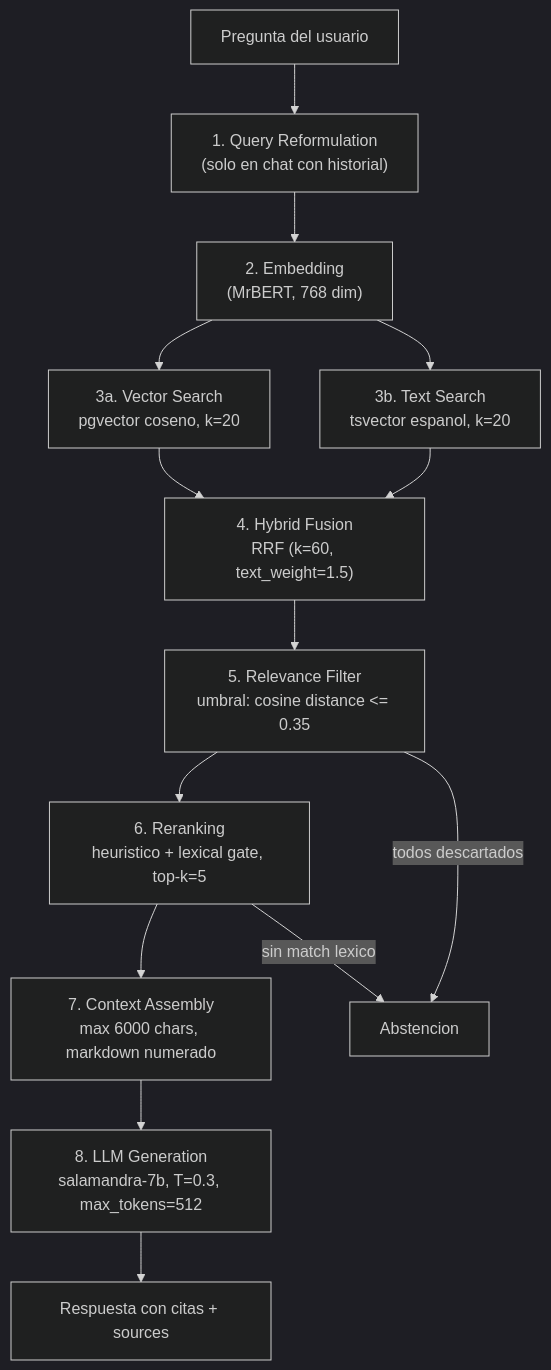
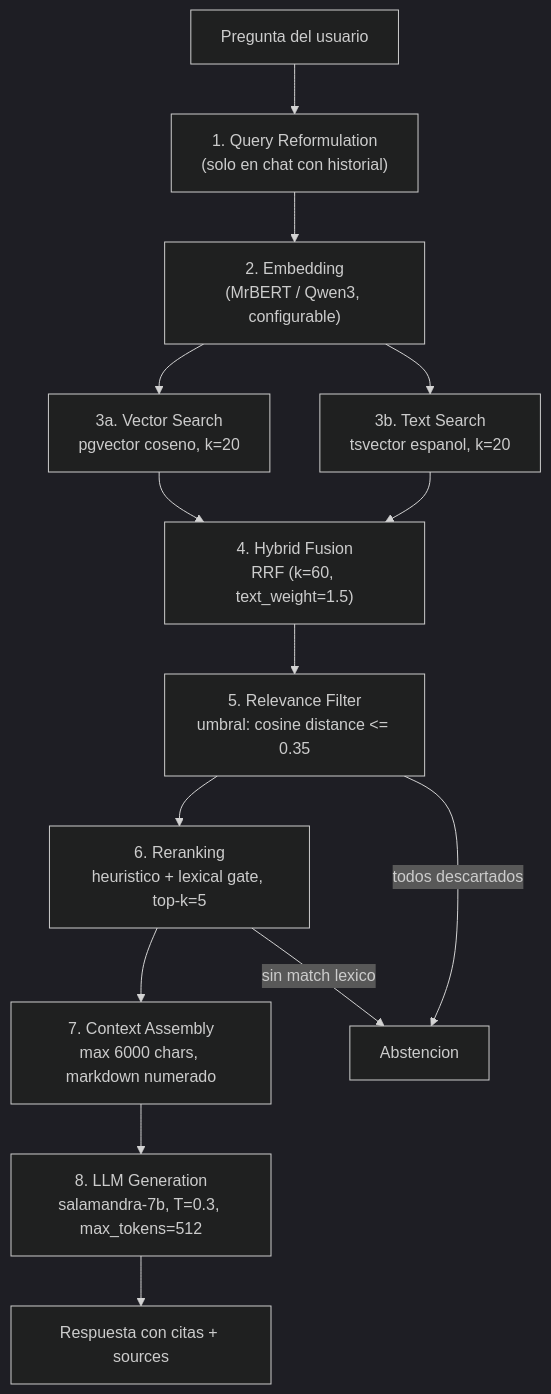
The diagram in backend/docs/RAG_PIPELINE.md (sinai-uja/ALIA-demo-patrimonio), drawn with Mermaid (dark theme) before and after one commit. The commit also changed other lines of this file and 4 other files, not shown here.

````diff
--- a/backend/docs/RAG_PIPELINE.md
+++ b/backend/docs/RAG_PIPELINE.md
@@ -7,16 +7,16 @@
 ```mermaid
 flowchart TD
     Q["Pregunta del usuario"] --> R1
     R1["1. Query Reformulation\n(solo en chat con historial)"] --> E
-    E["2. Embedding\n(MrBERT, 768 dim)"] --> VS & TS
+    E["2. Embedding\n(MrBERT / Qwen3, configurable)"] --> VS & TS
     VS["3a. Vector Search\npgvector coseno, k=20"] --> HF
     TS["3b. Text Search\ntsvector espanol, k=20"] --> HF
     HF["4. Hybrid Fusion\nRRF (k=60, text_weight=1.5)"] --> RF
     RF["5. Relevance Filter\numbral: cosine distance <= 0.35"] --> RK
     RK["6. Reranking\nheuristico + lexical gate, top-k=5"] --> CA
     CA["7. Context Assembly\nmax 6000 chars, markdown numerado"] --> LLM
     LLM["8. LLM Generation\nsalamandra-7b, T=0.3, max_tokens=512"] --> RES
     RES["Respuesta con citas + sources"]
     RF -- "todos descartados" --> ABS["Abstencion"]
     RK -- "sin match lexico" --> ABS
 ```
````
